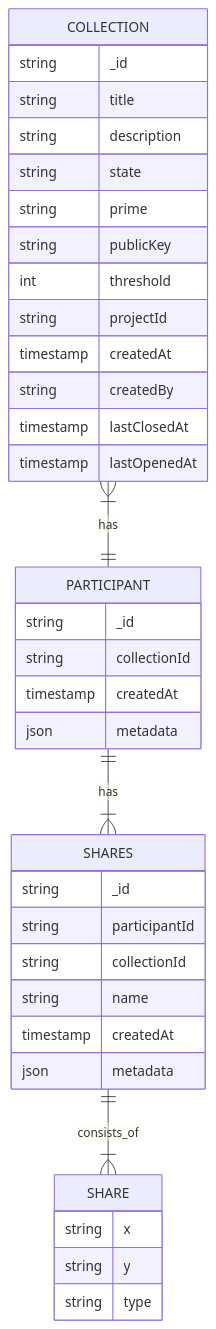
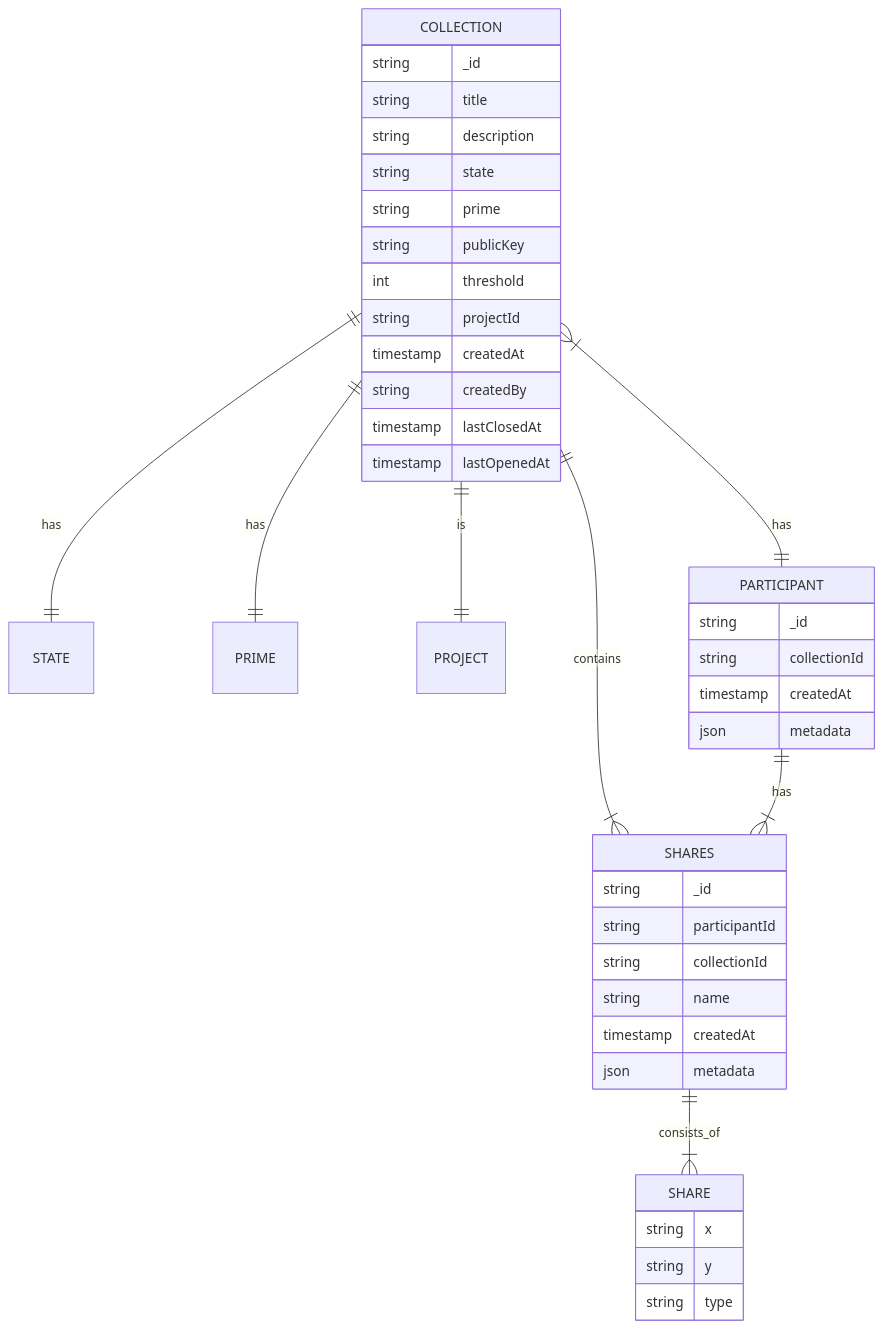
The diagram in README.md (multiparty/MassTech), drawn with Mermaid before and after one commit.

````diff
--- a/README.md
+++ b/README.md
@@ -3,43 +3,46 @@
 ```mermaid
 erDiagram
+    COLLECTION ||--|| STATE : has
+    COLLECTION ||--|| PRIME : has
+    COLLECTION ||--|| PROJECT : is
     COLLECTION }|--|| PARTICIPANT : has
+    COLLECTION ||--|{ SHARES : contains
     COLLECTION {
         string _id
         string title
         string description
         string state
         string prime
         string publicKey
         int threshold
         string projectId
         timestamp createdAt
         string createdBy
         timestamp lastClosedAt
         timestamp lastOpenedAt
     }
     
-
     PARTICIPANT ||--|{ SHARES : has
     PARTICIPANT {
         string _id
         string collectionId
         timestamp createdAt
         json metadata
     }
     
     SHARES ||--|{ SHARE : consists_of
     SHARES {
         string _id
         string participantId
         string collectionId
         string name
         timestamp createdAt
         json metadata
     }
     
     SHARE {
         string x
         string y
         string type
     }
 ```
````
